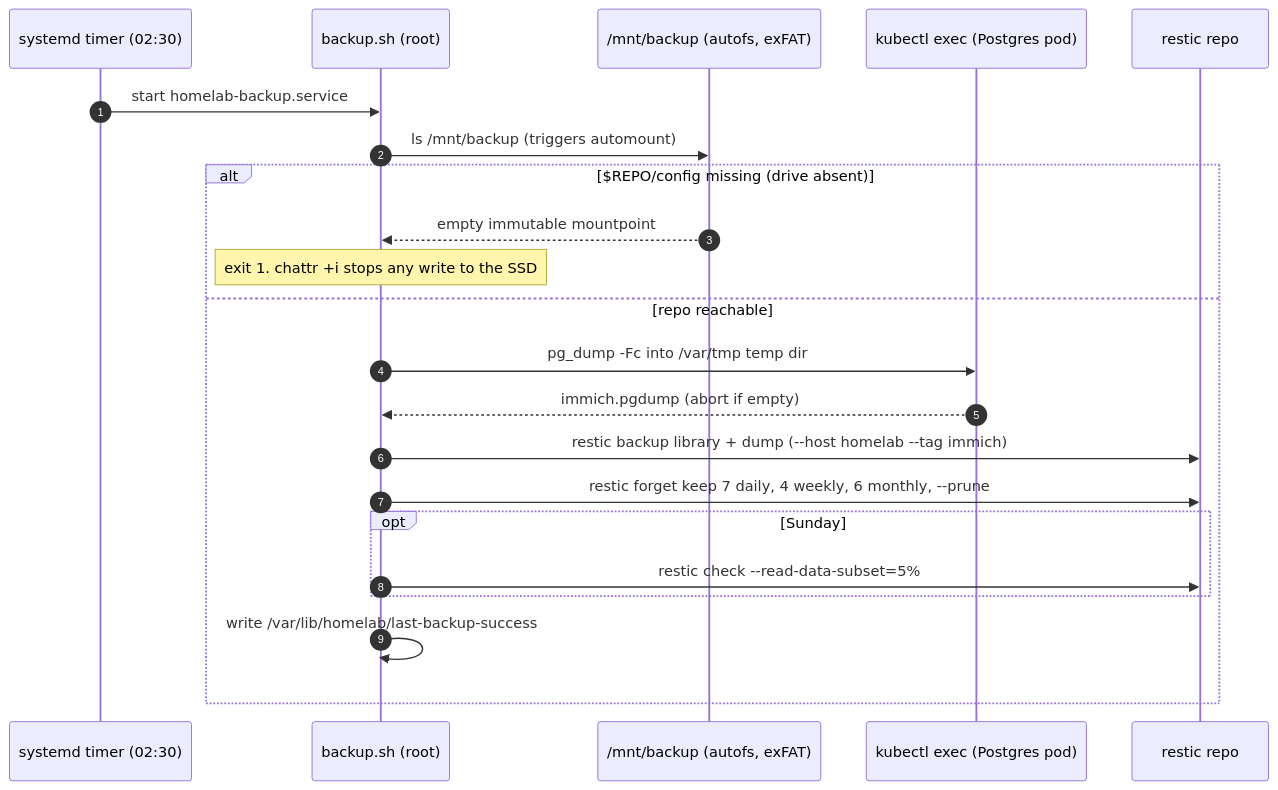
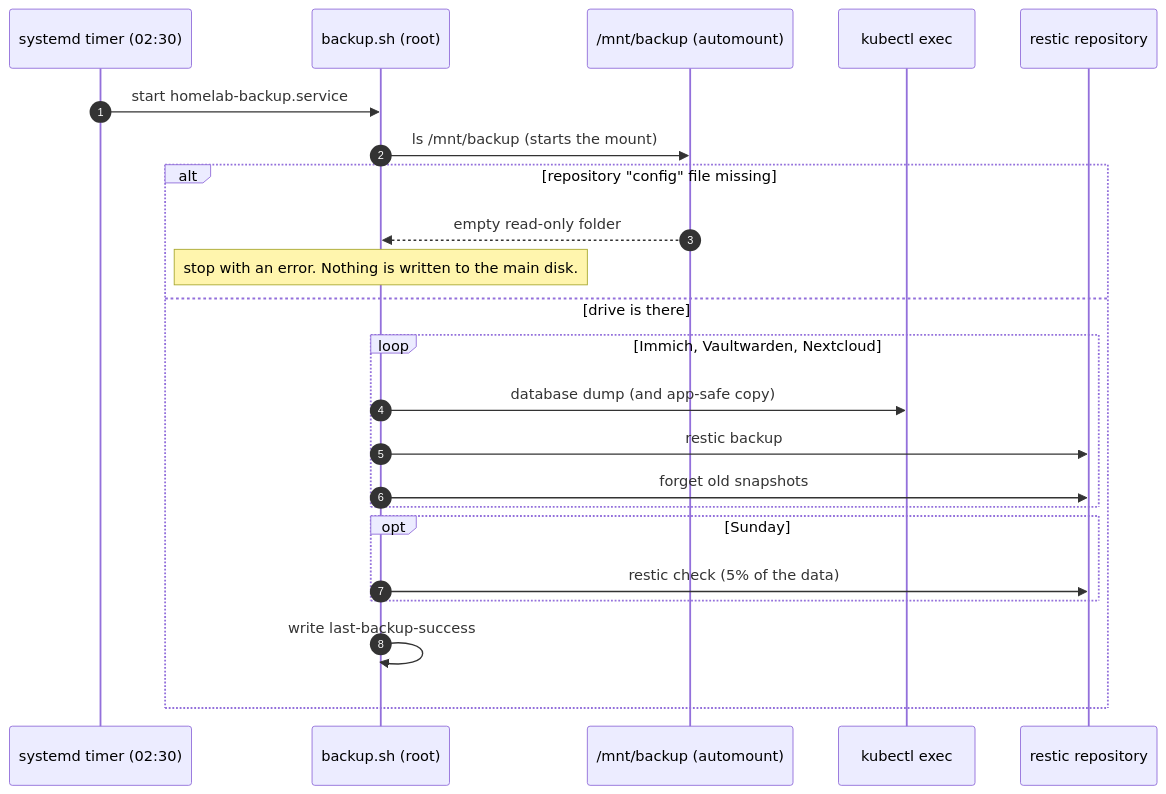
The diagram in docs/backup-restore.md (rupeshofficedata/homelab), drawn with Mermaid before and after one commit. The commit also changed other lines of this file and 47 other files, not shown here.

````diff
--- a/docs/backup-restore.md
+++ b/docs/backup-restore.md
@@ -35,24 +38,25 @@
 ```mermaid
 sequenceDiagram
   autonumber
   participant T as systemd timer (02:30)
   participant B as backup.sh (root)
-  participant D as /mnt/backup (autofs, exFAT)
-  participant K as kubectl exec (Postgres pod)
-  participant R as restic repo
+  participant D as /mnt/backup (automount)
+  participant K as kubectl exec
+  participant R as restic repository
   T->>B: start homelab-backup.service
-  B->>D: ls /mnt/backup (triggers automount)
-  alt $REPO/config missing (drive absent)
-    D-->>B: empty immutable mountpoint
-    Note over B: exit 1. chattr +i stops any write to the SSD
-  else repo reachable
-    B->>K: pg_dump -Fc into /var/tmp temp dir
-    K-->>B: immich.pgdump (abort if empty)
-    B->>R: restic backup library + dump (--host homelab --tag immich)
-    B->>R: restic forget keep 7 daily, 4 weekly, 6 monthly, --prune
+  B->>D: ls /mnt/backup (starts the mount)
+  alt repository "config" file missing
+    D-->>B: empty read-only folder
+    Note over B: stop with an error. Nothing is written to the main disk.
+  else drive is there
+    loop Immich, Vaultwarden, Nextcloud
+      B->>K: database dump (and app-safe copy)
+      B->>R: restic backup
+      B->>R: forget old snapshots
+    end
     opt Sunday
-      B->>R: restic check --read-data-subset=5%
+      B->>R: restic check (5% of the data)
     end
-    B->>B: write /var/lib/homelab/last-backup-success
+    B->>B: write last-backup-success
   end
 ```
````
